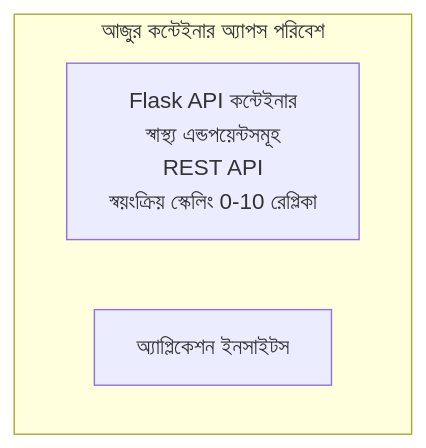
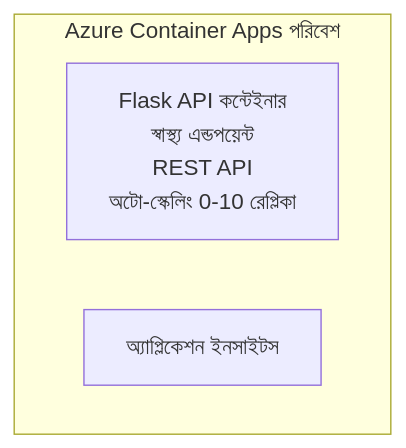
One commit to microsoft/AZD-for-beginners changed the diagram in translations/bn/examples/container-app/simple-flask-api/README.md. Above: the diagram before and after it, drawn with Mermaid. The commit also changed other lines of this file and 104 other files, not shown here.

````diff
--- a/translations/bn/examples/container-app/simple-flask-api/README.md
+++ b/translations/bn/examples/container-app/simple-flask-api/README.md
@@ -26,7 +26,7 @@
 ```mermaid
 graph TD
-    subgraph ACA[আজুর কন্টেইনার অ্যাপস পরিবেশ]
-        Flask[Flask API কন্টেইনার<br/>স্বাস্থ্য এন্ডপয়েন্টসমূহ<br/>REST API<br/>স্বয়ংক্রিয় স্কেলিং 0-10 রেপ্লিকা]
+    subgraph ACA[Azure Container Apps পরিবেশ]
+        Flask[Flask API কন্টেইনার<br/>স্বাস্থ্য এন্ডপয়েন্ট<br/>REST API<br/>অটো-স্কেলিং 0-10 রেপ্লিকা]
         AppInsights[অ্যাপ্লিকেশন ইনসাইটস]
     end
 ```
````
